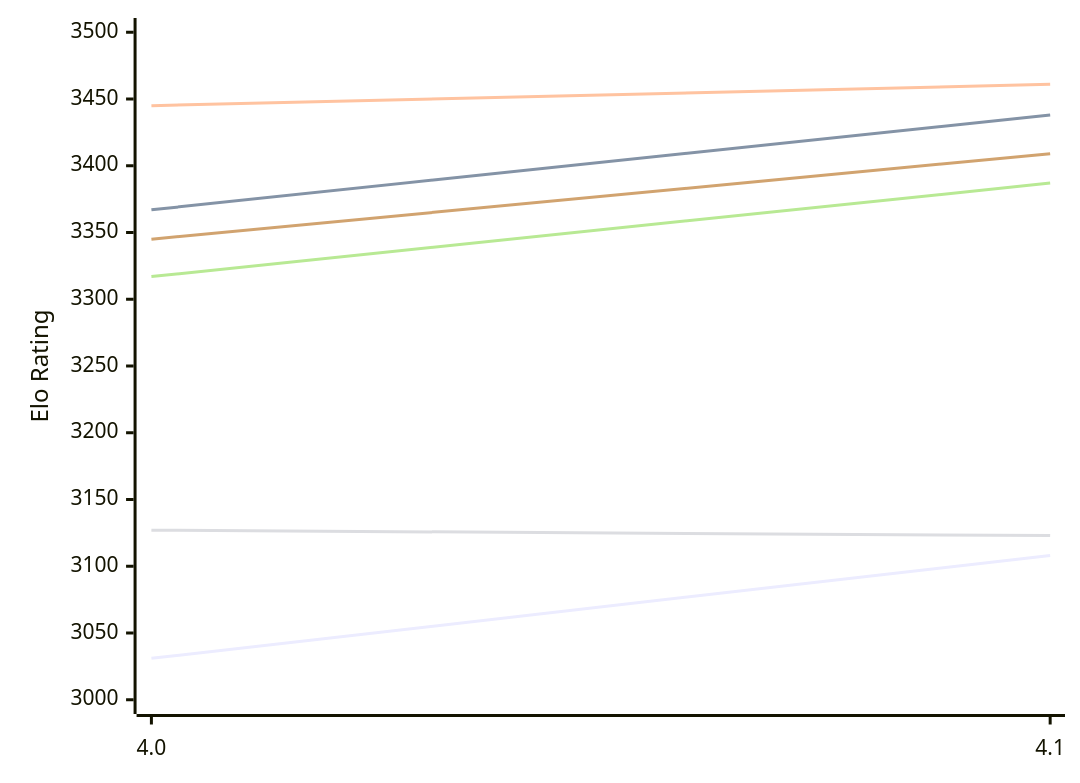
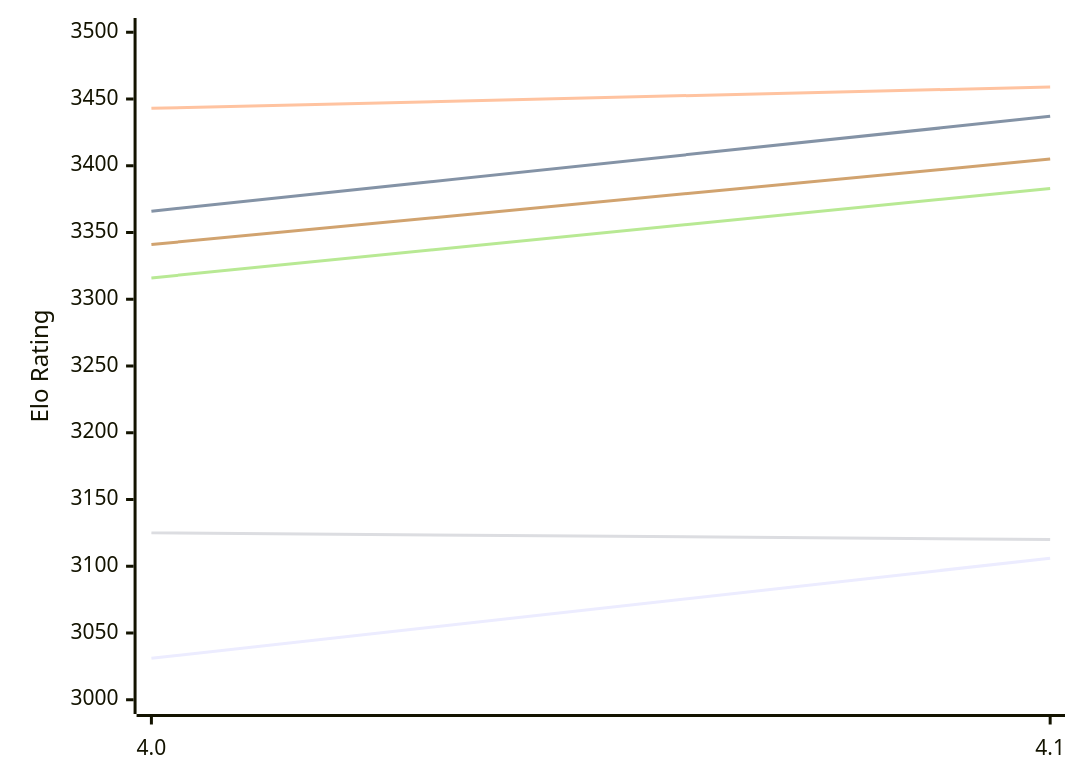
One commit to computer-chess-index/cci changed the first of 2 diagrams in engines/Eleanor.md. Above: the diagram before and after it, drawn with Mermaid. The commit also changed other lines of this file, not shown here.

Commit message:
Update CCI Ratings (ELO VLTC) - 2026-11-19

````diff
--- a/engines/Eleanor.md
+++ b/engines/Eleanor.md
@@ -51,12 +51,12 @@
 ```mermaid
 %%{init: {"theme":"base","themeVariables":{"seriesColors:['#a3a3a3','#222221','#faa371']}}}%%
 xychart-beta
   x-axis ["4.0", "4.1"]
   y-axis "Elo Rating" 3000 --> 3500
-  line "E1: STC (8.0+0.08s)" [3031, 3108]
-  line "E1: LTC (60.0+0.60s)" [3367, 3438]
-  line "E1: VLTC (2m24s+1.12s)" [3445, 3461]
-  line "P1: STC (8.0+0.08s)" [3127, 3123]
-  line "P1: LTC (60.0+0.60s)" [3317, 3387]
-  line "P1: VLTC (2m24s+1.12s)" [3345, 3409]
+  line "E1: STC (8.0+0.08s)" [3031, 3106]
+  line "E1: LTC (60.0+0.60s)" [3366, 3437]
+  line "E1: VLTC (2m24s+1.12s)" [3443, 3459]
+  line "P1: STC (8.0+0.08s)" [3125, 3120]
+  line "P1: LTC (60.0+0.60s)" [3316, 3383]
+  line "P1: VLTC (2m24s+1.12s)" [3341, 3405]
 ```
````
